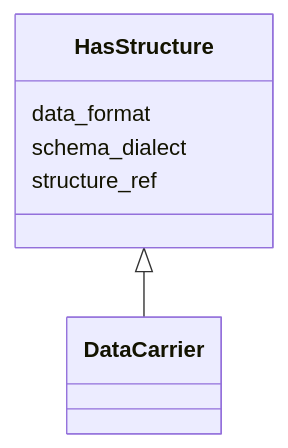
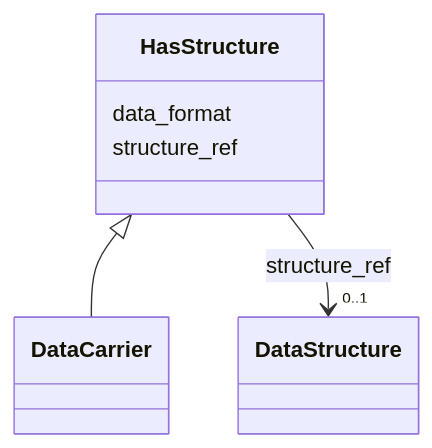
The diagram in generated/artifacts/moex-dams/0.1/diagrams/HasStructure.md (oista/moex-data-model), drawn with Mermaid before and after one commit. The commit also changed 193 other files, not shown here.

First line of the commit message:
feat(dams): introduce DataStructure and SchemaNode, separate Message (#11)

````diff
--- a/generated/artifacts/moex-dams/0.1/diagrams/HasStructure.md
+++ b/generated/artifacts/moex-dams/0.1/diagrams/HasStructure.md
@@ -4,15 +4,22 @@
 ```mermaid
  classDiagram
     class HasStructure
     click HasStructure href "../HasStructure"
       HasStructure <|-- DataCarrier
         click DataCarrier href "../DataCarrier"
       
       HasStructure : data_format
         
-      HasStructure : schema_dialect
+      HasStructure : structure_ref
         
-      HasStructure : structure_ref
+          
+    
+        
+        
+        HasStructure --> "0..1" DataStructure : structure_ref
+        click DataStructure href "../DataStructure"
+    
+
         
       
 ```
````
